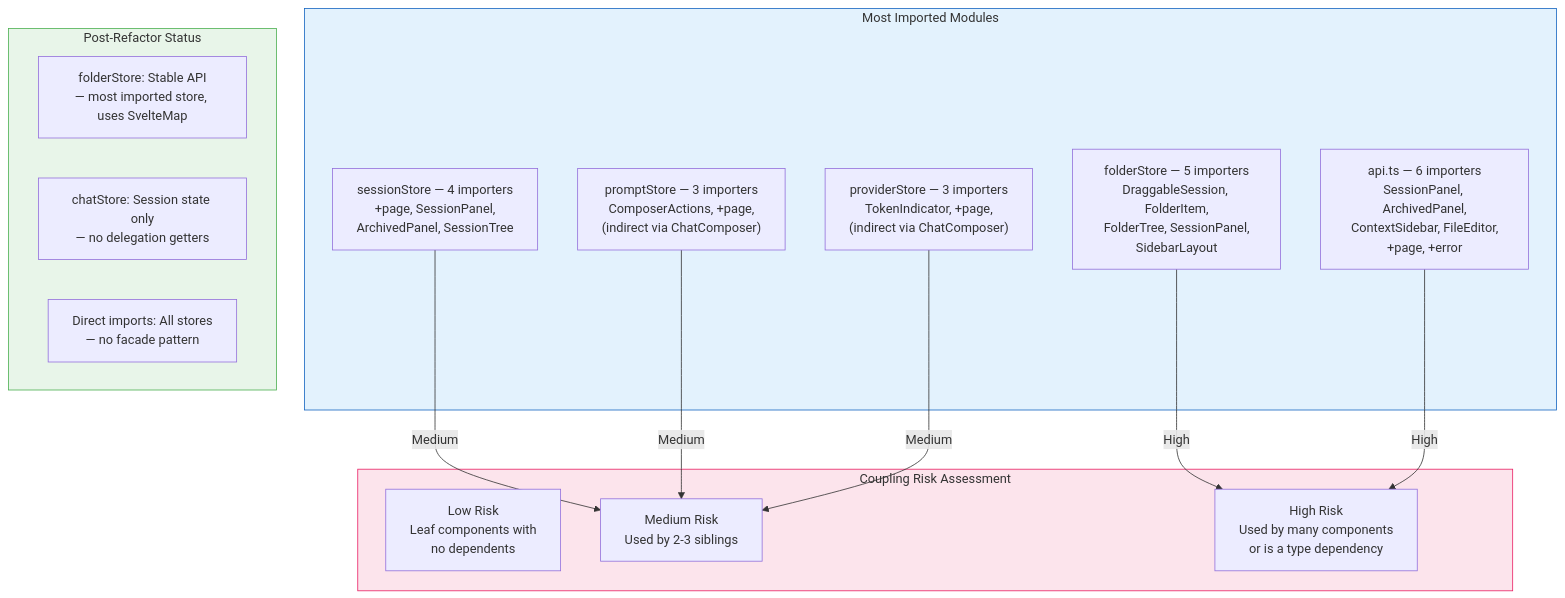
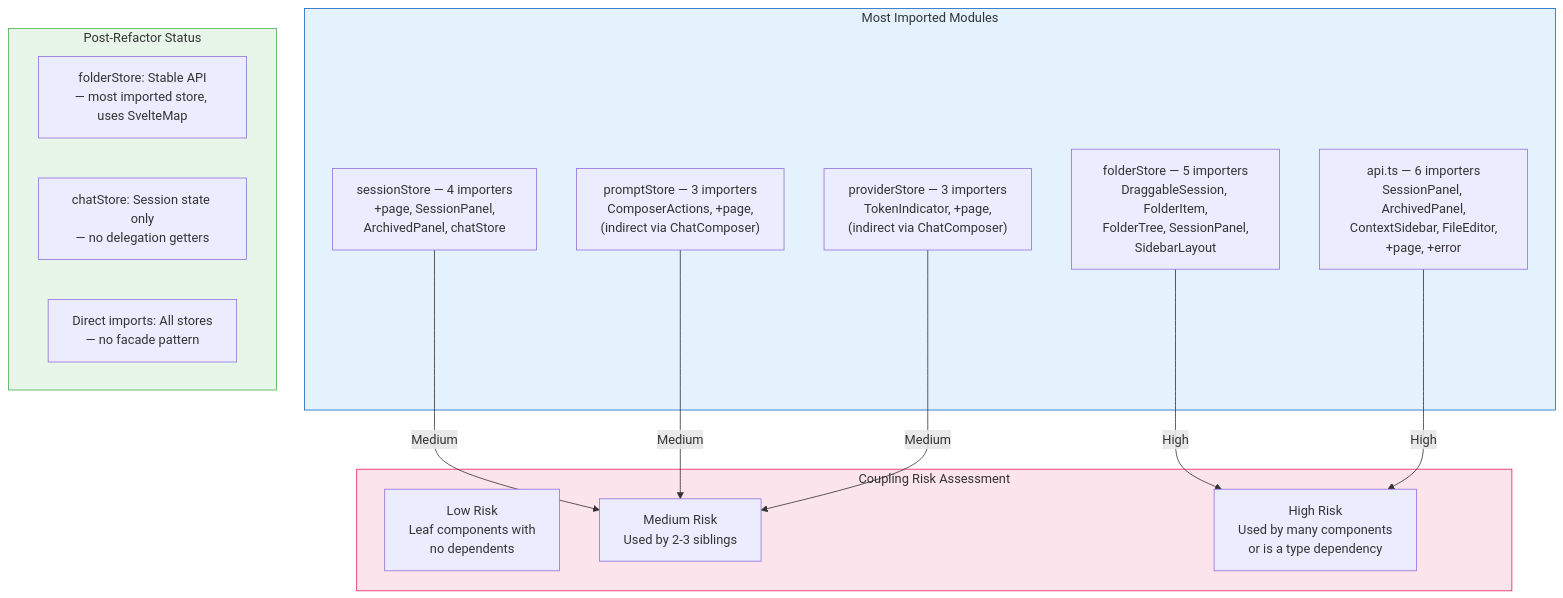
Before and after one commit to m1981/kuchnie: the ninth of 11 diagrams in kitchen-agent/docs/specs/frontend-diagrams.md, drawn with Mermaid. The commit also changed other lines of this file and 4 other files, not shown here.

First line of the commit message:
docs: remove stale line counts/bar charts, delete dead components

````diff
--- a/kitchen-agent/docs/specs/frontend-diagrams.md
+++ b/kitchen-agent/docs/specs/frontend-diagrams.md
@@ -574,32 +573,32 @@
 ```mermaid
 graph TB
     subgraph Hotspots["Most Imported Modules"]
         FS["folderStore — 5 importers<br/>DraggableSession, FolderItem,<br/>FolderTree, SessionPanel,<br/>SidebarLayout"]
         API["api.ts — 6 importers<br/>SessionPanel, ArchivedPanel,<br/>ContextSidebar, FileEditor,<br/>+page, +error"]
-        SS["sessionStore — 4 importers<br/>+page, SessionPanel,<br/>ArchivedPanel, SessionTree"]
+        SS["sessionStore — 4 importers<br/>+page, SessionPanel,<br/>ArchivedPanel, chatStore"]
         PR["promptStore — 3 importers<br/>ComposerActions, +page,<br/>(indirect via ChatComposer)"]
         PS["providerStore — 3 importers<br/>TokenIndicator, +page,<br/>(indirect via ChatComposer)"]
     end
 
     subgraph Risk["Coupling Risk Assessment"]
         LowRisk["Low Risk<br/>Leaf components with<br/>no dependents"]
         MedRisk["Medium Risk<br/>Used by 2-3 siblings"]
         HighRisk["High Risk<br/>Used by many components<br/>or is a type dependency"]
     end
 
     FS -->|"High"| HighRisk
     API -->|"High"| HighRisk
     SS -->|"Medium"| MedRisk
     PR -->|"Medium"| MedRisk
     PS -->|"Medium"| MedRisk
 
     subgraph Recommendations["Post-Refactor Status"]
         R1["folderStore: Stable API<br/>— most imported store, uses SvelteMap"]
         R2["chatStore: Session state only<br/>— no delegation getters"]
         R3["Direct imports: All stores<br/>— no facade pattern"]
     end
 
     style Hotspots fill:#e3f2fd,stroke:#1565C0
     style Risk fill:#fce4ec,stroke:#E91E63
     style Recommendations fill:#e8f5e9,stroke:#4CAF50
 ```
````
